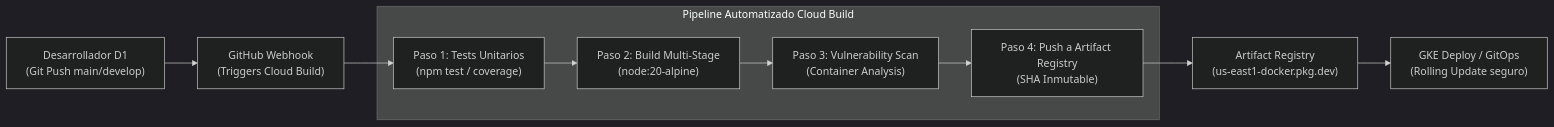
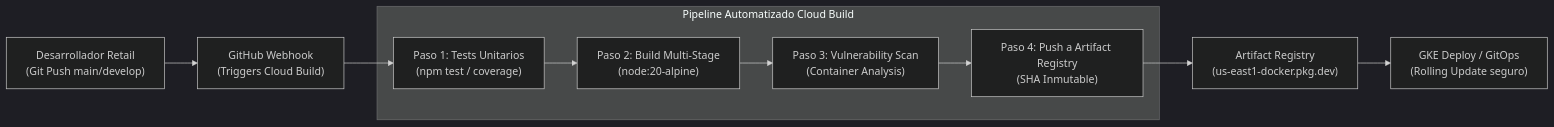
One commit to develasquez/full-stack-engineer changed the diagram in docs/04_S3_DEVOPS_EN_GCP.md. Above: the diagram before and after it, drawn with Mermaid (dark theme). The commit also changed other lines of this file and 57 other files, not shown here.

````diff
--- a/docs/04_S3_DEVOPS_EN_GCP.md
+++ b/docs/04_S3_DEVOPS_EN_GCP.md
@@ -26,12 +26,12 @@
 ```mermaid
 flowchart LR
-    A["Desarrollador D1\n(Git Push main/develop)"] --> B["GitHub Webhook\n(Triggers Cloud Build)"]
+    A["Desarrollador Retail\n(Git Push main/develop)"] --> B["GitHub Webhook\n(Triggers Cloud Build)"]
     subgraph CloudBuild ["Pipeline Automatizado Cloud Build"]
         C["Paso 1: Tests Unitarios\n(npm test / coverage)"] --> D["Paso 2: Build Multi-Stage\n(node:20-alpine)"]
         D --> E["Paso 3: Vulnerability Scan\n(Container Analysis)"]
         E --> F["Paso 4: Push a Artifact Registry\n(SHA Inmutable)"]
     end
     B --> C
     F --> G["Artifact Registry\n(us-east1-docker.pkg.dev)"]
     G --> H["GKE Deploy / GitOps\n(Rolling Update seguro)"]
 ```
````
